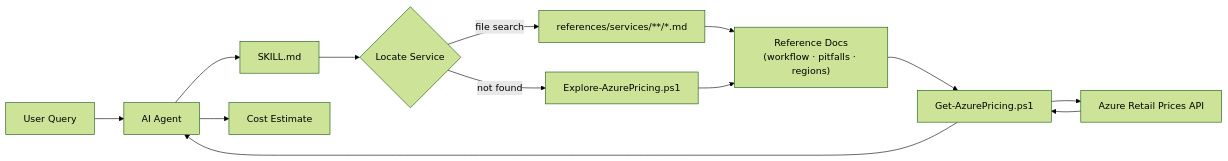
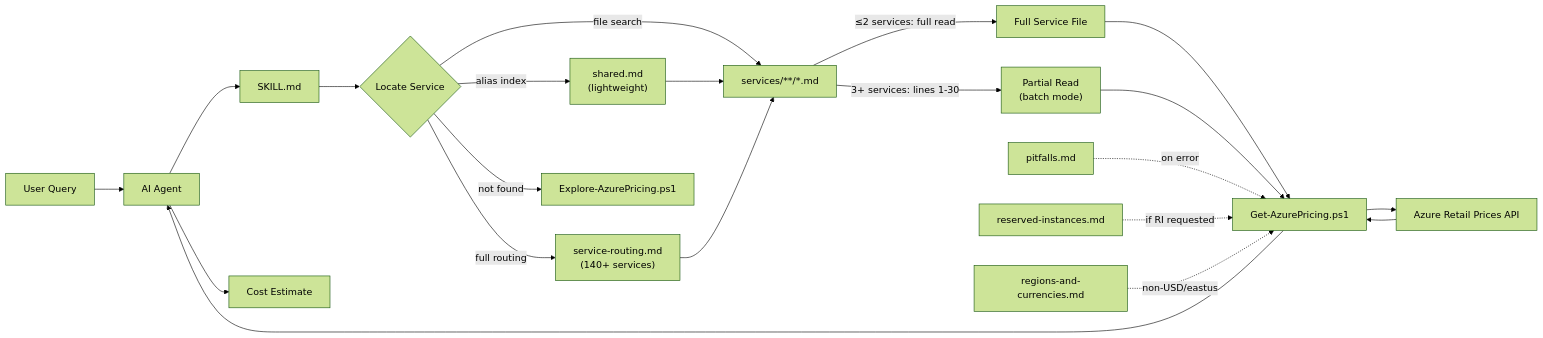
Before and after one commit to ahmadabdalla/azure-cost-calculator: the diagram in README.md, drawn with Mermaid (forest theme). The commit also changed other lines of this file and 5 other files, not shown here.

````diff
--- a/README.md
+++ b/README.md
@@ -92,15 +105,24 @@
 ```mermaid
 flowchart LR
     A[User Query] --> B[AI Agent]
     B --> C[SKILL.md]
     C --> D{Locate Service}
-    D -->|file search| E["references/services/**/*.md"]
+    D -->|file search| E["services/**/*.md"]
+    D -->|alias index| S["shared.md\n(lightweight)"]
+    D -->|full routing| R["service-routing.md\n(140+ services)"]
     D -->|not found| F[Explore-AzurePricing.ps1]
-    E --> G["Reference Docs\n(workflow · pitfalls · regions)"]
-    F --> G
-    G --> H[Get-AzurePricing.ps1]
+    S --> E
+    R --> E
+    E -->|"≤2 services: full read"| G1["Full Service File"]
+    E -->|"3+ services: lines 1-30"| G2["Partial Read\n(batch mode)"]
+    G1 --> H[Get-AzurePricing.ps1]
+    G2 --> H
     H --> I[Azure Retail Prices API]
     I --> H
     H --> B
     B --> J[Cost Estimate]
+
+    P["pitfalls.md"] -.->|on error| H
+    RI["reserved-instances.md"] -.->|if RI requested| H
+    RG["regions-and-currencies.md"] -.->|non-USD/eastus| H
 ```
````
